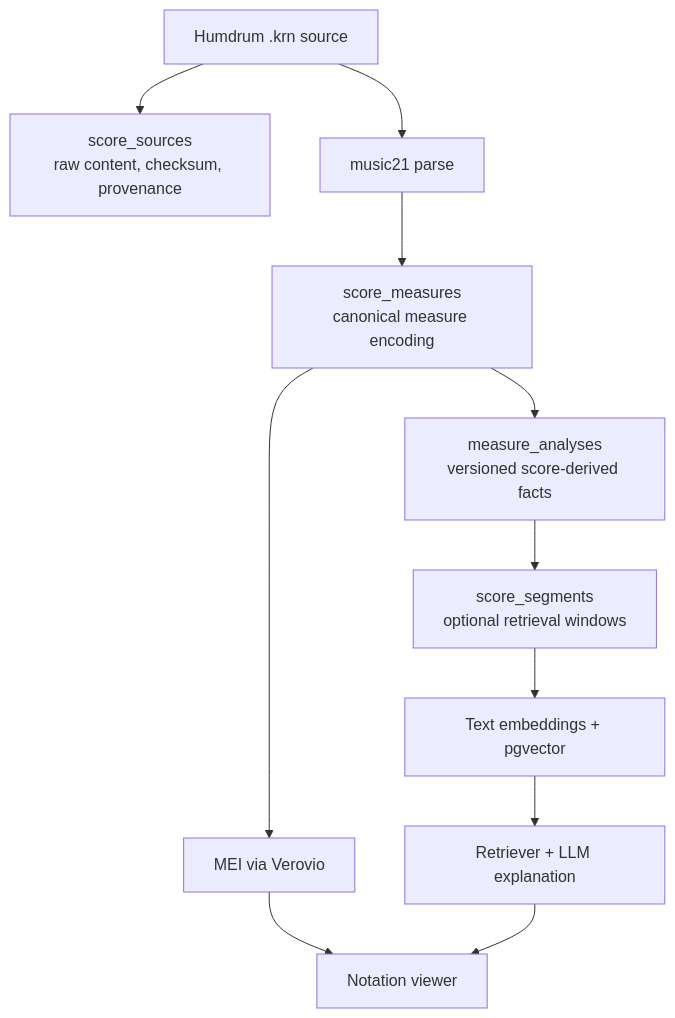
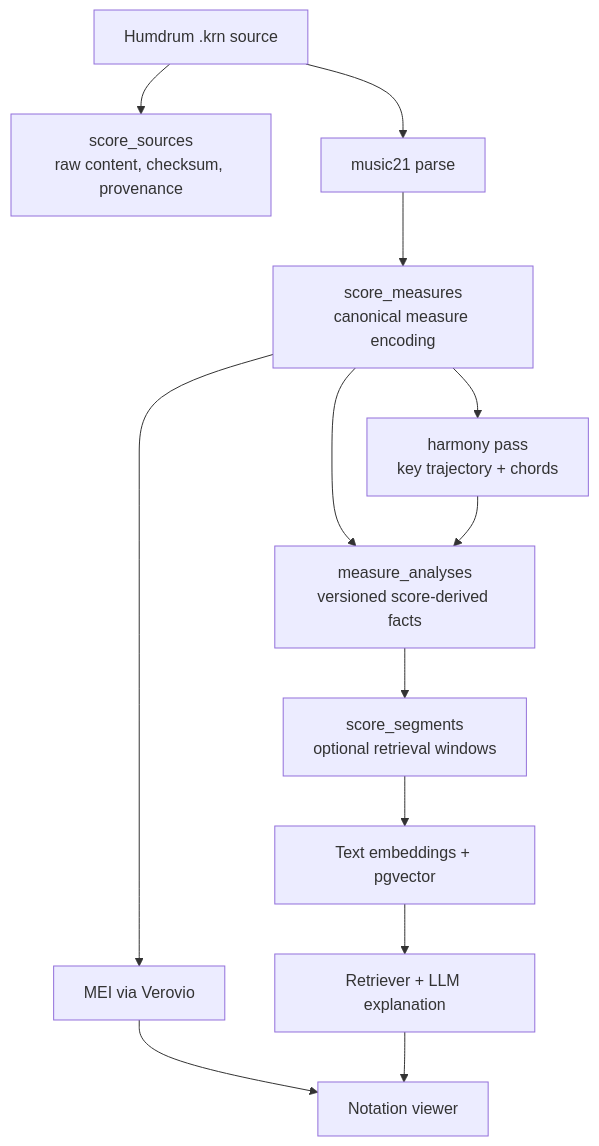
Before and after one commit to jt0321/ai-automation-portfolio: the diagram in README.md, drawn with Mermaid. The commit also changed other lines of this file and 5 other files, not shown here.

````diff
--- a/README.md
+++ b/README.md
@@ -13,17 +13,20 @@
 ```mermaid
 graph TD
     A[Humdrum .krn source] --> B[score_sources
 raw content, checksum, provenance]
     A --> C[music21 parse]
     C --> D[score_measures
 canonical measure encoding]
     D --> E[measure_analyses
 versioned score-derived facts]
+    D --> K[harmony pass
+key trajectory + chords]
+    K --> E
     E --> F[score_segments
 optional retrieval windows]
     F --> G[Text embeddings + pgvector]
     D --> H[MEI via Verovio]
     G --> I[Retriever + LLM explanation]
     H --> J[Notation viewer]
     I --> J
 ```
````
